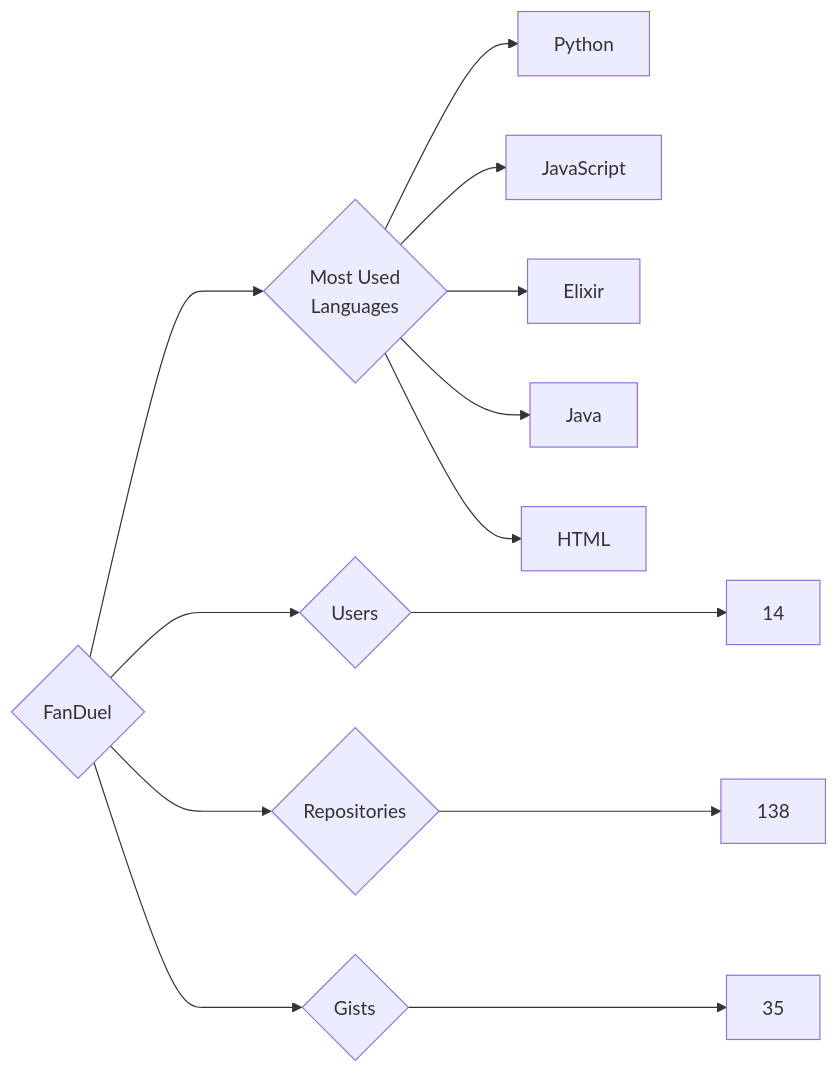
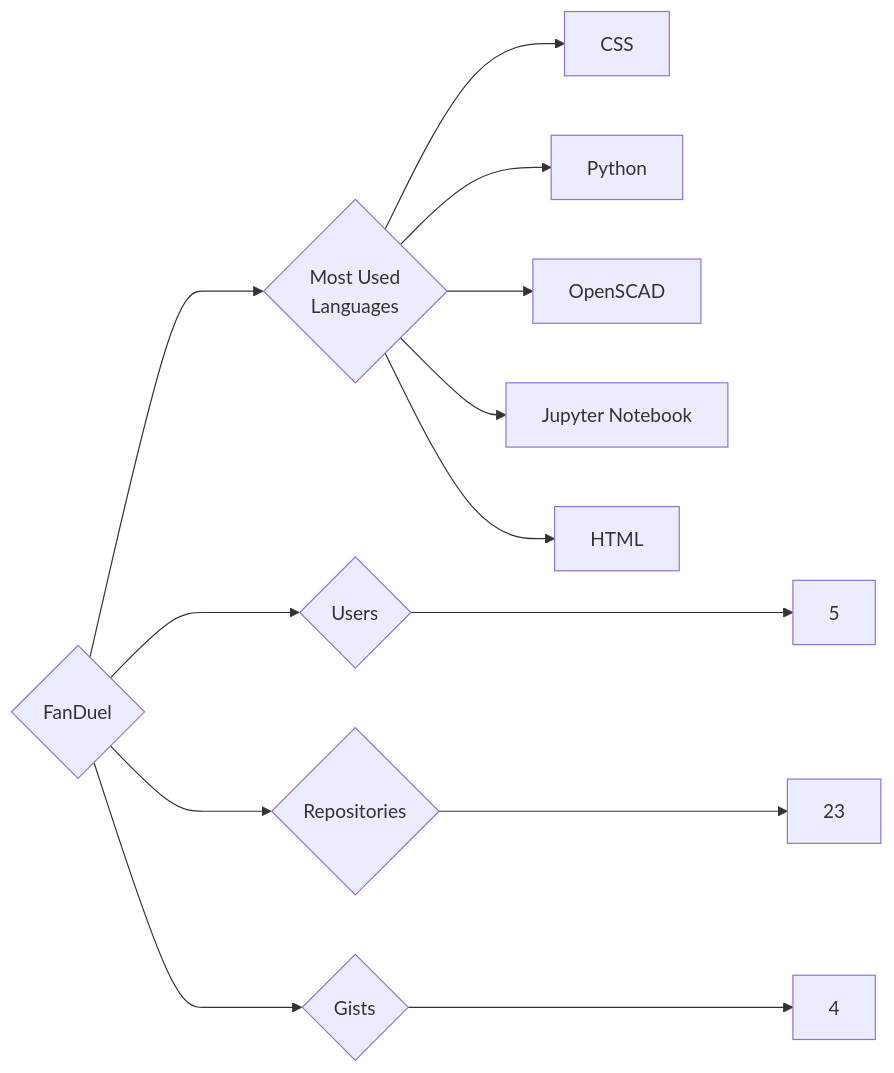
One commit to trickest/insiders changed the diagram in targets/FanDuel/README.md. Above: the diagram before and after it, drawn with Mermaid. The commit also changed 934 other files, not shown here.

````diff
--- a/targets/FanDuel/README.md
+++ b/targets/FanDuel/README.md
@@ -3,13 +3,13 @@
 ```mermaid
 graph LR
 COMPANY_NAME{FanDuel}
-COMPANY_NAME ---> U{Users} ---> UN[14]
-COMPANY_NAME ---> R{Repositories} ---> RN[138]
-COMPANY_NAME ---> G{Gists} ---> GN[35]
+COMPANY_NAME ---> U{Users} ---> UN[5]
+COMPANY_NAME ---> R{Repositories} ---> RN[23]
+COMPANY_NAME ---> G{Gists} ---> GN[4]
 COMPANY_NAME ---> ML{Most Used<br>Languages}
+ML --> CSS[CSS]
 ML --> Python[Python]
-ML --> JavaScript[JavaScript]
-ML --> Elixir[Elixir]
-ML --> Java[Java]
+ML --> OpenSCAD[OpenSCAD]
+ML --> Jupyter_Notebook[Jupyter Notebook]
 ML --> HTML[HTML]
 ```
````
